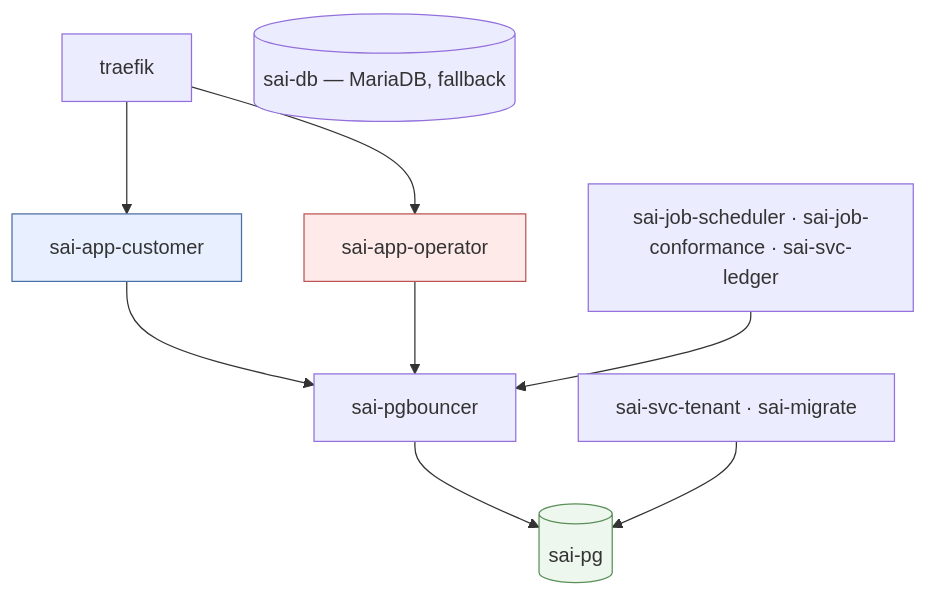
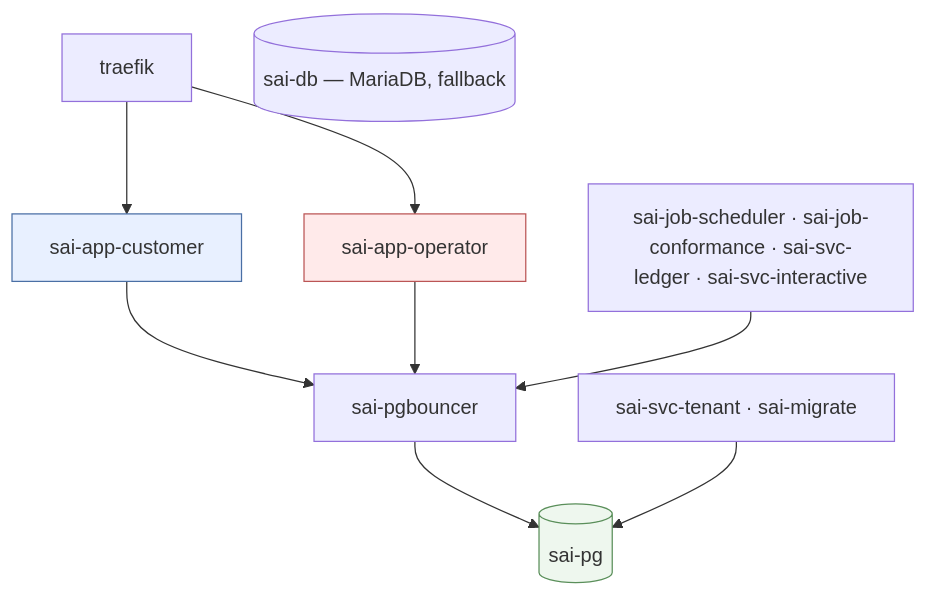
The first of 5 diagrams in docs/arsitektur/02-LAYANAN-INFRA.md (tri-evendi/sai-accounting), drawn with Mermaid before and after one commit. The commit also changed other lines of this file and 8 other files, not shown here.

````diff
--- a/docs/arsitektur/02-LAYANAN-INFRA.md
+++ b/docs/arsitektur/02-LAYANAN-INFRA.md
@@ -56,15 +57,15 @@
 ```mermaid
 graph TB
     TR[traefik] --> WEBC[sai-app-customer]
     TR --> WEBO[sai-app-operator]
     WEBC --> PGB[sai-pgbouncer]
     WEBO --> PGB
-    JOB[sai-job-scheduler · sai-job-conformance · sai-svc-ledger] --> PGB
+    JOB[sai-job-scheduler · sai-job-conformance · sai-svc-ledger · sai-svc-interactive] --> PGB
     PGB --> PG[(sai-pg)]
     LANGSUNG[sai-svc-tenant · sai-migrate] --> PG
     OLD[(sai-db — MariaDB, fallback)]
 
     style WEBC fill:#e8f0ff,stroke:#4a6fa5
     style WEBO fill:#ffeaea,stroke:#b55
     style PG fill:#eef7ee,stroke:#5a8f5a
 ```
````
